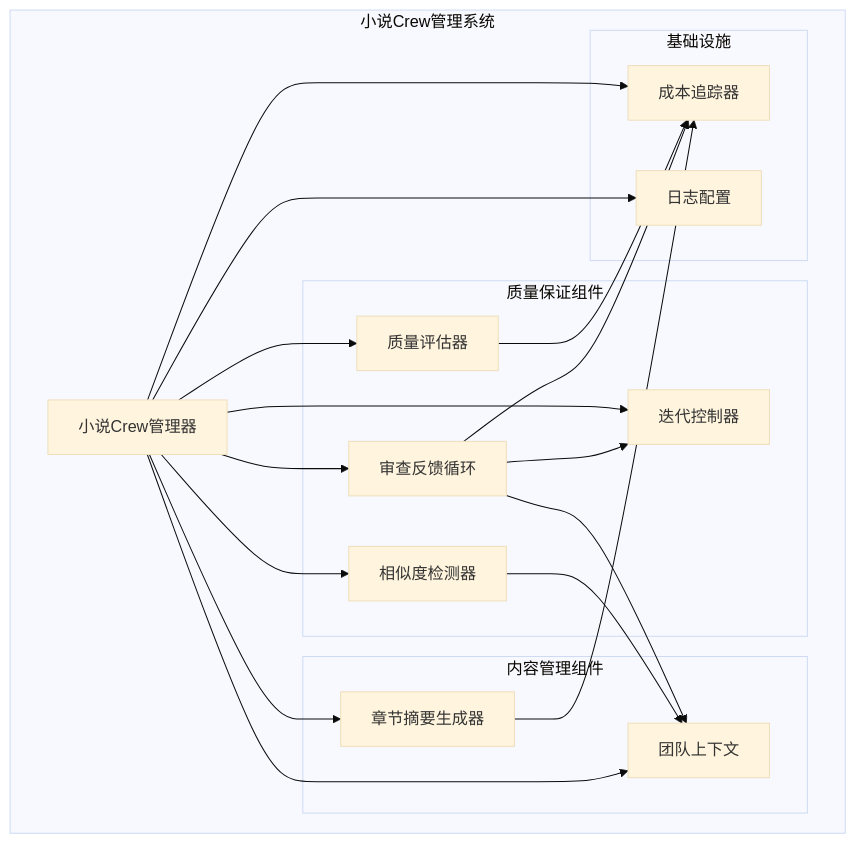
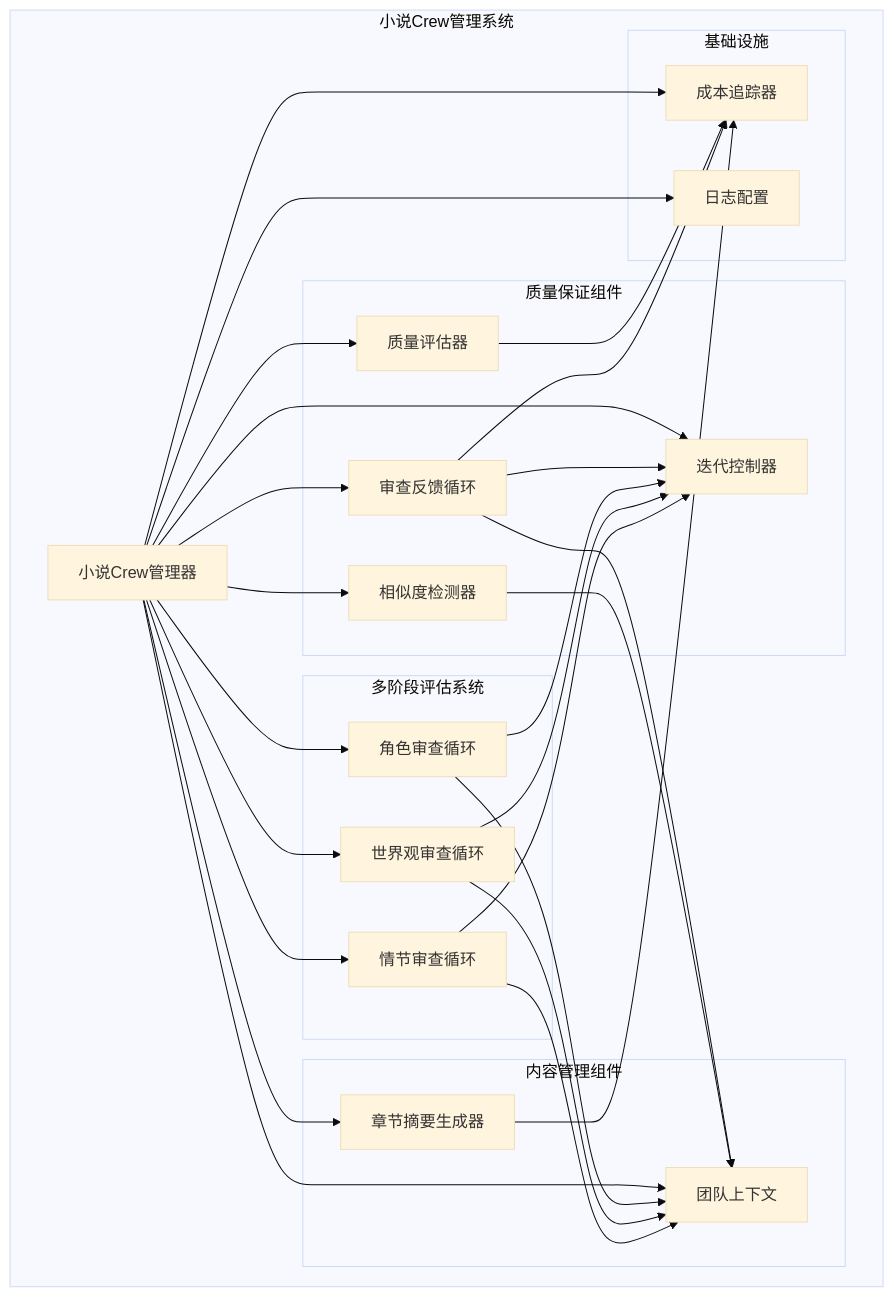
Before and after one commit to xfbyxq/ai-novel-system: the fifth of 12 diagrams in .qoder/repowiki/zh/content/AI智能体系统/质量保证系统.md, drawn with Mermaid (base theme). The commit also changed other lines of this file and 5 other files, not shown here.

````diff
--- a/.qoder/repowiki/zh/content/AI智能体系统/质量保证系统.md
+++ b/.qoder/repowiki/zh/content/AI智能体系统/质量保证系统.md
@@ -169,34 +230,48 @@
 ```mermaid
 graph TB
 subgraph "小说Crew管理系统"
 CM[小说Crew管理器]
 subgraph "质量保证组件"
 QE[质量评估器]
 RL[审查反馈循环]
 SD[相似度检测器]
 IC[迭代控制器]
+end
+subgraph "多阶段评估系统"
+CRE[角色审查循环]
+WRE[世界观审查循环]
+PRE[情节审查循环]
 end
 subgraph "内容管理组件"
 TC[团队上下文]
 CSG[章节摘要生成器]
 end
 subgraph "基础设施"
 CT[成本追踪器]
 LC[日志配置]
 end
 end
 CM --> QE
 CM --> RL
 CM --> SD
 CM --> IC
+CM --> CRE
+CM --> WRE
+CM --> PRE
 CM --> TC
 CM --> CSG
 CM --> CT
 CM --> LC
 QE --> CT
 RL --> CT
 CSG --> CT
 RL --> IC
+CRE --> IC
+WRE --> IC
+PRE --> IC
 RL --> TC
+CRE --> TC
+WRE --> TC
+PRE --> TC
 SD --> TC
 ```
````
